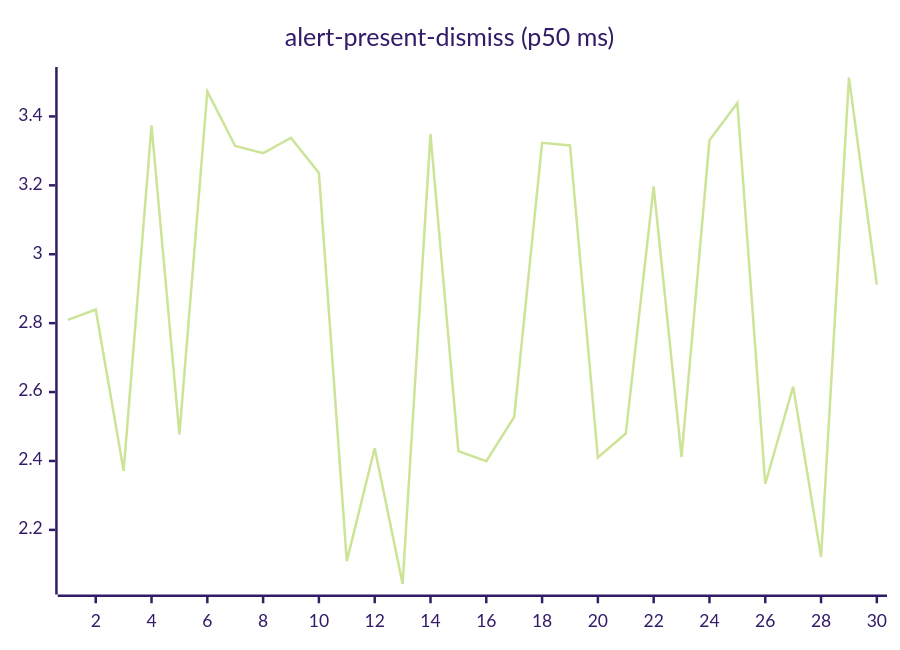
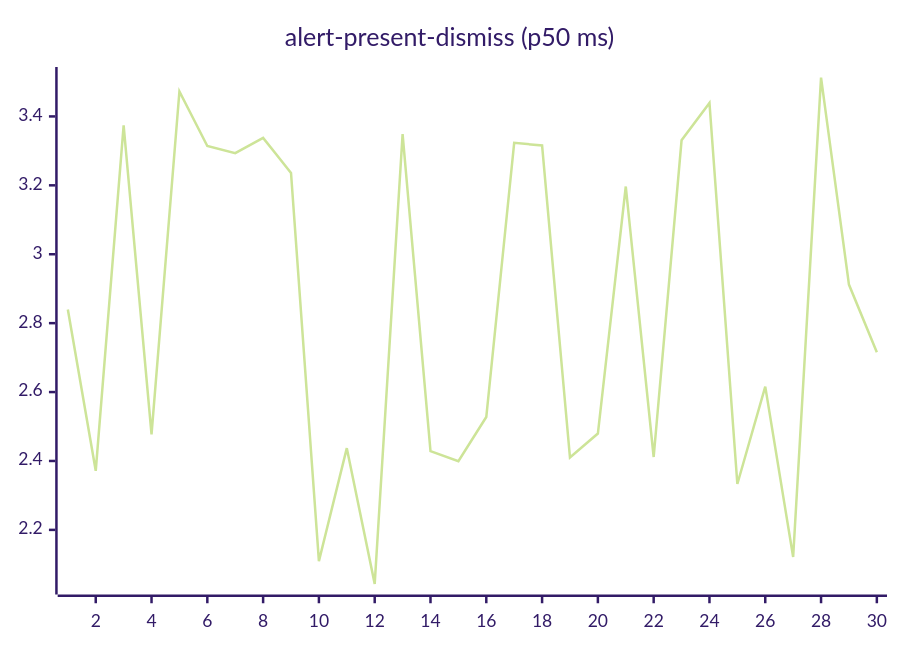
The second of 27 diagrams in README.md (josha/Facet), drawn with Mermaid (forest theme) before and after one commit. The commit also changed other lines of this file and 2 other files, not shown here.

````diff
--- a/README.md
+++ b/README.md
@@ -70,6 +70,6 @@
 ```mermaid
 xychart-beta
     title "alert-present-dismiss (p50 ms)"
     x-axis 1 --> 30
-    line [2.8095, 2.8395, 2.3714, 3.3741, 2.4770, 3.4723, 3.3142, 3.2934, 3.3378, 3.2358, 2.1094, 2.4372, 2.0433, 3.3486, 2.4287, 2.3992, 2.5276, 3.3233, 3.3156, 2.4099, 2.4796, 3.1966, 2.4115, 3.3306, 3.4390, 2.3331, 2.6158, 2.1213, 3.5126, 2.9120]
+    line [2.8395, 2.3714, 3.3741, 2.4770, 3.4723, 3.3142, 3.2934, 3.3378, 3.2358, 2.1094, 2.4372, 2.0433, 3.3486, 2.4287, 2.3992, 2.5276, 3.3233, 3.3156, 2.4099, 2.4796, 3.1966, 2.4115, 3.3306, 3.4390, 2.3331, 2.6158, 2.1213, 3.5126, 2.9120, 2.7154]
 ```
````
